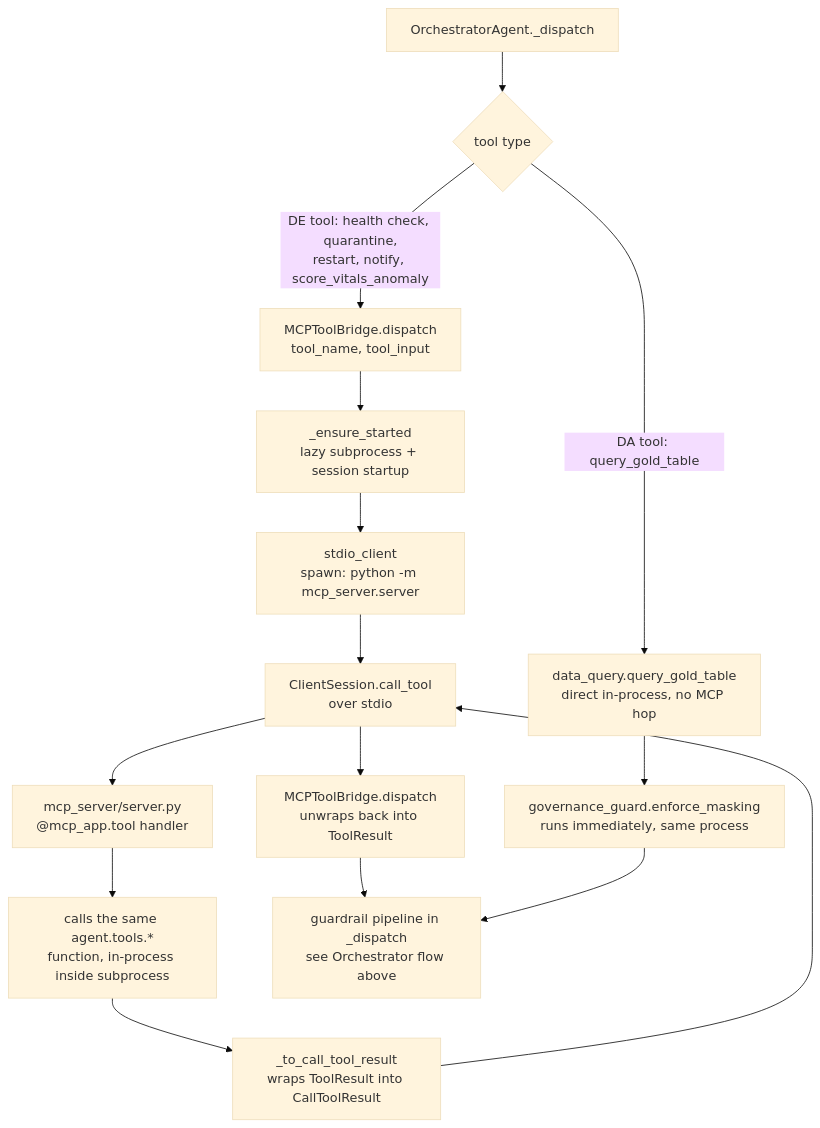
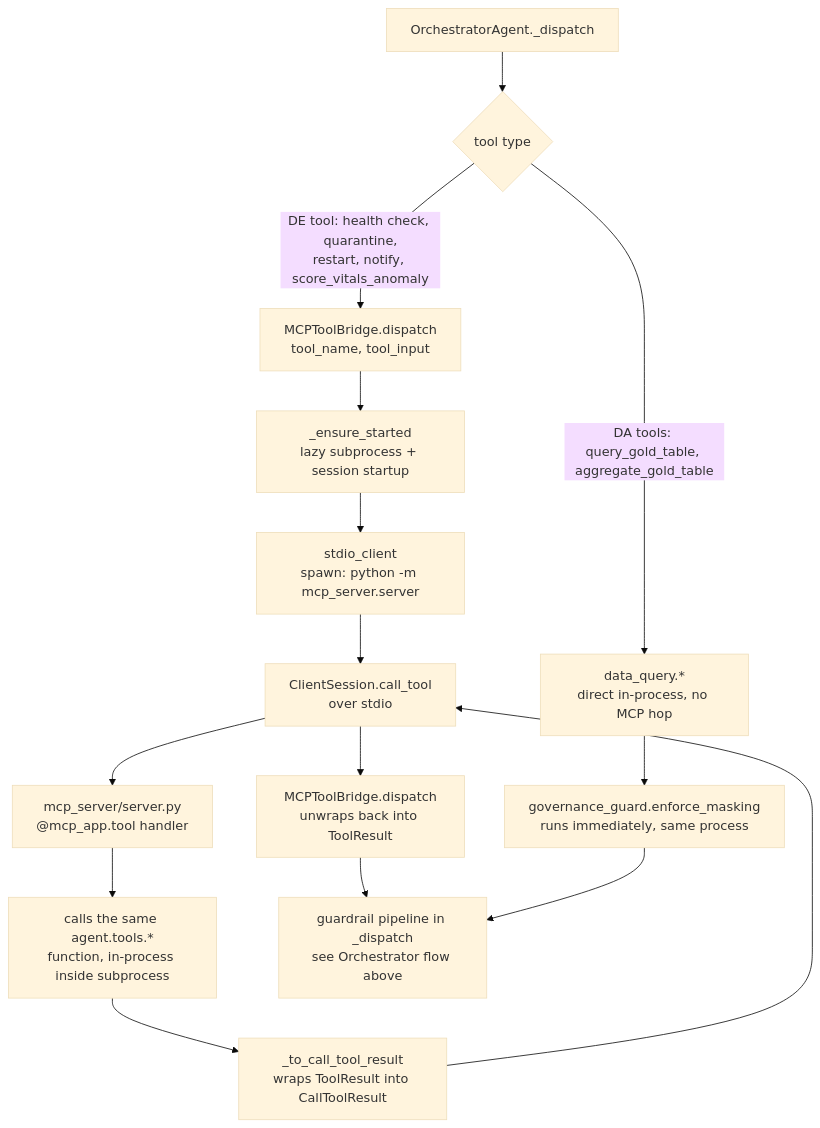
Before and after one commit to sumanthreddy369/databricks-agentic-de: the fifth of 7 diagrams in README.md, drawn with Mermaid (base theme). The commit also changed other lines of this file and 9 other files, not shown here.

````diff
--- a/README.md
+++ b/README.md
@@ -384,17 +408,17 @@
 ```mermaid
 flowchart TD
     A["OrchestratorAgent._dispatch"] --> B{"tool type"}
     B -->|"DE tool: health check, quarantine,\nrestart, notify, score_vitals_anomaly"| C["MCPToolBridge.dispatch\ntool_name, tool_input"]
-    B -->|"DA tool: query_gold_table"| D["data_query.query_gold_table\ndirect in-process, no MCP hop"]
+    B -->|"DA tools: query_gold_table, aggregate_gold_table"| D["data_query.*\ndirect in-process, no MCP hop"]
     C --> E["_ensure_started\nlazy subprocess + session startup"]
     E --> F["stdio_client\nspawn: python -m mcp_server.server"]
     F --> G["ClientSession.call_tool\nover stdio"]
     G --> H["mcp_server/server.py\n@mcp_app.tool handler"]
     H --> I["calls the same agent.tools.*\nfunction, in-process inside subprocess"]
     I --> J["_to_call_tool_result\nwraps ToolResult into CallToolResult"]
     J --> G
     G --> K["MCPToolBridge.dispatch\nunwraps back into ToolResult"]
     D --> M["governance_guard.enforce_masking\nruns immediately, same process"]
     K --> L["guardrail pipeline in _dispatch\nsee Orchestrator flow above"]
     M --> L
 ```
````
